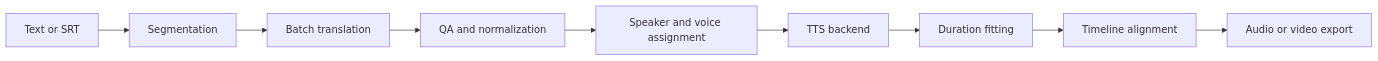
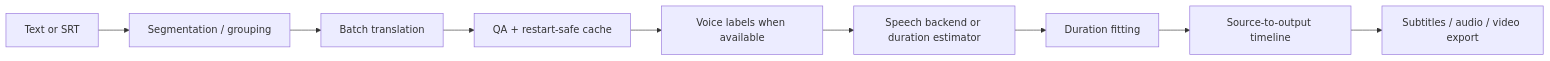
Before and after one commit to Zelong-G/AI-Dubbing-Pipeline: the first of 3 diagrams in README.md, drawn with Mermaid. The commit also changed other lines of this file and 30 other files, not shown here.

````diff
--- a/README.md
+++ b/README.md
@@ -20,11 +23,11 @@
 ```mermaid
 flowchart LR
-    A[Text or SRT] --> B[Segmentation]
+    A[Text or SRT] --> B[Segmentation / grouping]
     B --> C[Batch translation]
-    C --> D[QA and normalization]
-    D --> E[Speaker and voice assignment]
-    E --> F[TTS backend]
+    C --> D[QA + restart-safe cache]
+    D --> E[Voice labels when available]
+    E --> F[Speech backend or duration estimator]
     F --> G[Duration fitting]
-    G --> H[Timeline alignment]
-    H --> I[Audio or video export]
+    G --> H[Source-to-output timeline]
+    H --> I[Subtitles / audio / video export]
 ```
````
